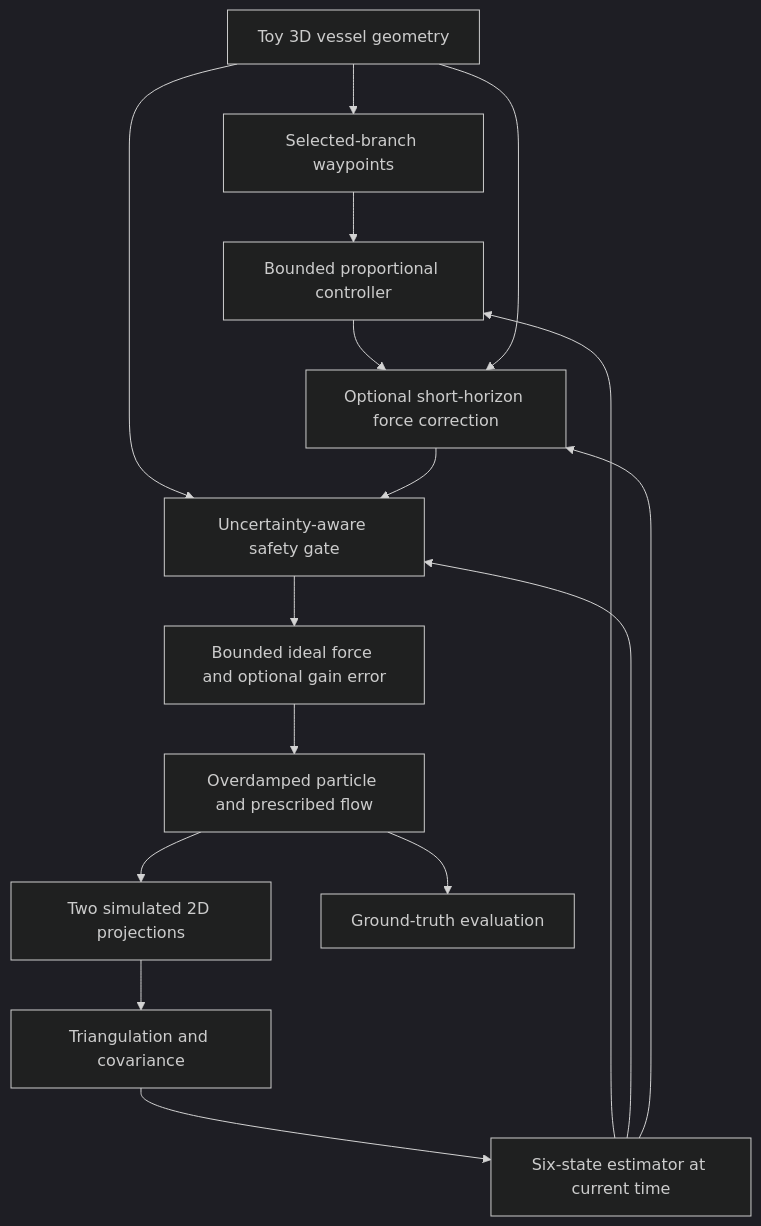
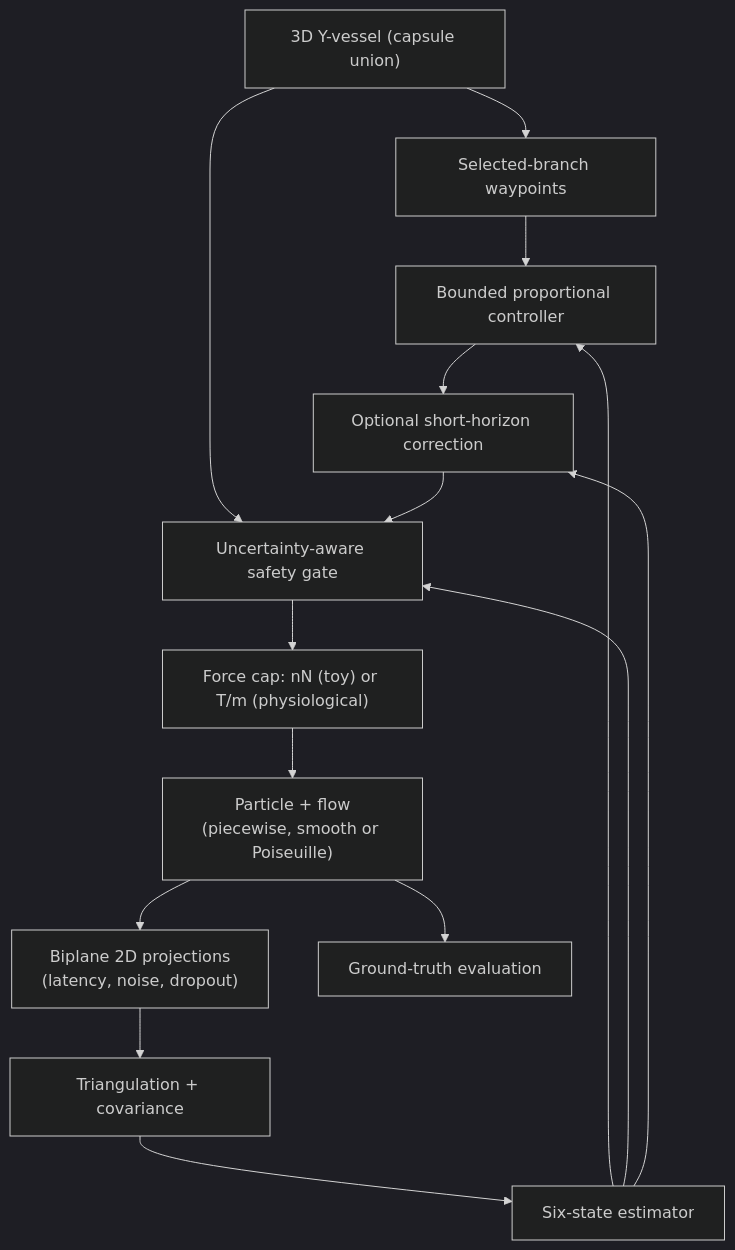
The diagram in README.md (kuchris/safe-magnetic-microrobot-navigation), drawn with Mermaid (dark theme) before and after one commit. The commit also changed other lines of this file, not shown here.

First line of the commit message:
Rewrite README around the move to physiological scale

````diff
--- a/README.md
+++ b/README.md
@@ -27,18 +90,17 @@
 ```mermaid
 flowchart TD
-    G["Toy 3D vessel geometry"] --> P["Selected-branch waypoints"]
+    G["3D Y-vessel (capsule union)"] --> P["Selected-branch waypoints"]
     G --> S["Uncertainty-aware safety gate"]
     P --> C["Bounded proportional controller"]
-    I["Two simulated 2D projections"] --> L["Triangulation and covariance"]
-    L --> E["Six-state estimator at current time"]
+    I["Biplane 2D projections<br/>(latency, noise, dropout)"] --> L["Triangulation + covariance"]
+    L --> E["Six-state estimator"]
     E --> C
     E --> S
-    C --> H["Optional short-horizon force correction"]
+    C --> H["Optional short-horizon correction"]
     E --> H
-    G --> H
     H --> S
-    S --> A["Bounded ideal force and optional gain error"]
-    A --> D["Overdamped particle and prescribed flow"]
+    S --> A["Force cap: nN (toy) or T/m (physiological)"]
+    A --> D["Particle + flow<br/>(piecewise, smooth or Poiseuille)"]
     D --> I
     D --> M["Ground-truth evaluation"]
 ```
````
